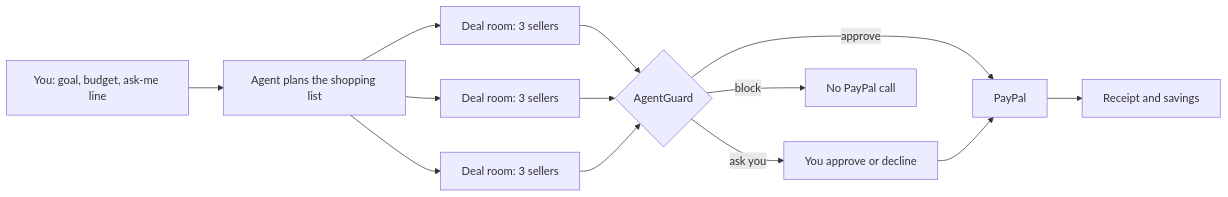
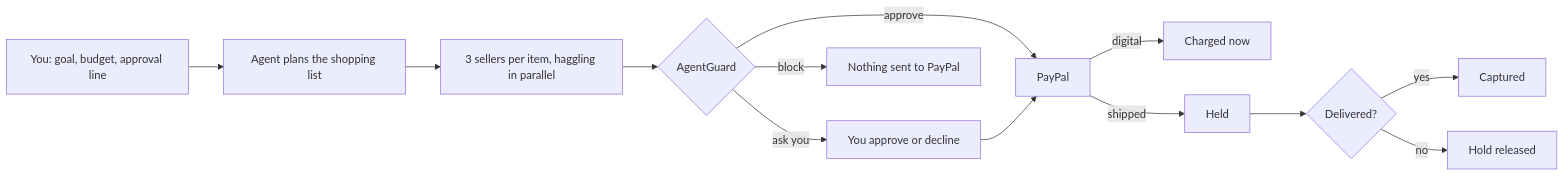
Before and after one commit to agkartikey575/infinity-bazaar: the diagram in README.md, drawn with Mermaid. The commit also changed other lines of this file, not shown here.

First line of the commit message:
Update the README for the live app, real PayPal proof and how payments are kept safe

````diff
--- a/README.md
+++ b/README.md
@@ -25,12 +59,13 @@
 ```mermaid
 flowchart LR
-  you[You: goal, budget, ask-me line] --> plan[Agent plans the shopping list]
-  plan --> deal1[Deal room: 3 sellers]
-  plan --> deal2[Deal room: 3 sellers]
-  plan --> deal3[Deal room: 3 sellers]
-  deal1 & deal2 & deal3 --> guard{AgentGuard}
+  you[You: goal, budget, approval line] --> plan[Agent plans the shopping list]
+  plan --> b[3 sellers per item, haggling in parallel]
+  b --> guard{AgentGuard}
   guard -- approve --> pp[PayPal]
   guard -- ask you --> ok[You approve or decline] --> pp
-  guard -- block --> stop[No PayPal call]
-  pp --> receipt[Receipt and savings]
+  guard -- block --> stop[Nothing sent to PayPal]
+  pp -- digital --> cap[Charged now]
+  pp -- shipped --> hold[Held] --> d{Delivered?}
+  d -- yes --> paid[Captured]
+  d -- no --> void[Hold released]
 ```
````
